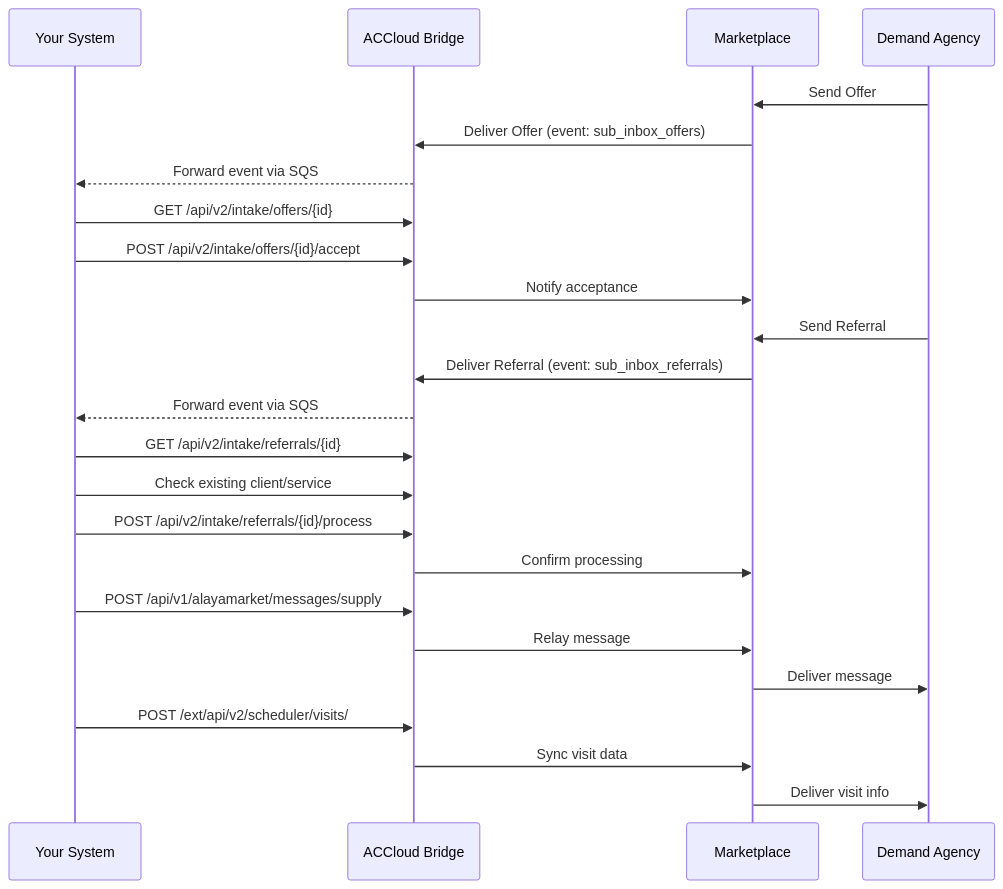
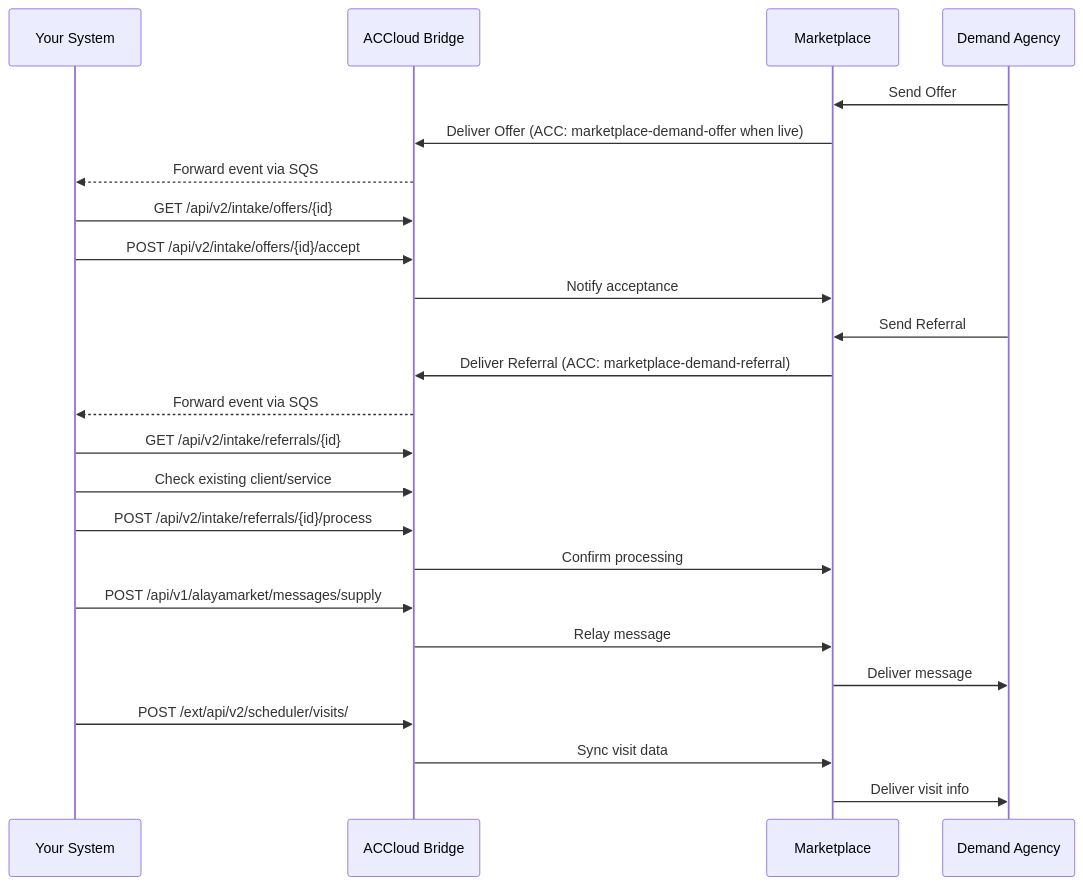
One commit to AlayaCare/alayamarket-third-party-integration changed the diagram in README.md. Above: the diagram before and after it, drawn with Mermaid. The commit also changed 4 other files, not shown here.

First line of the commit message:
docs: align SQS subscriptions with ACC marketplace event types

````diff
--- a/README.md
+++ b/README.md
@@ -16,30 +16,30 @@
 ```mermaid
 sequenceDiagram
     participant 3P as Your System
     participant AC as ACCloud Bridge
     participant MP as Marketplace
     participant DA as Demand Agency
 
     DA->>MP: Send Offer
-    MP->>AC: Deliver Offer (event: sub_inbox_offers)
+    MP->>AC: Deliver Offer (ACC: marketplace-demand-offer when live)
     AC-->>3P: Forward event via SQS
     3P->>AC: GET /api/v2/intake/offers/{id}
     3P->>AC: POST /api/v2/intake/offers/{id}/accept
     AC->>MP: Notify acceptance
 
     DA->>MP: Send Referral
-    MP->>AC: Deliver Referral (event: sub_inbox_referrals)
+    MP->>AC: Deliver Referral (ACC: marketplace-demand-referral)
     AC-->>3P: Forward event via SQS
     3P->>AC: GET /api/v2/intake/referrals/{id}
     3P->>AC: Check existing client/service
     3P->>AC: POST /api/v2/intake/referrals/{id}/process
     AC->>MP: Confirm processing
 
     3P->>AC: POST /api/v1/alayamarket/messages/supply
     AC->>MP: Relay message
     MP->>DA: Deliver message
 
     3P->>AC: POST /ext/api/v2/scheduler/visits/
     AC->>MP: Sync visit data
     MP->>DA: Deliver visit info
 ```
````
